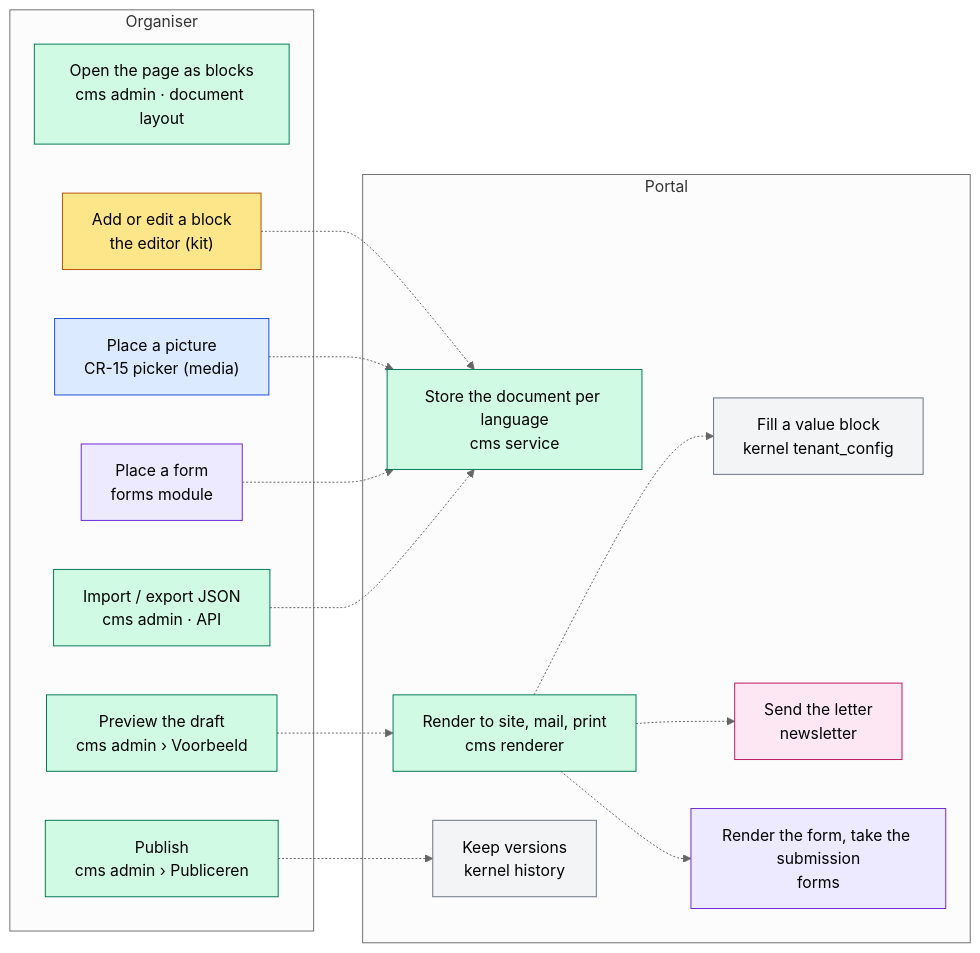
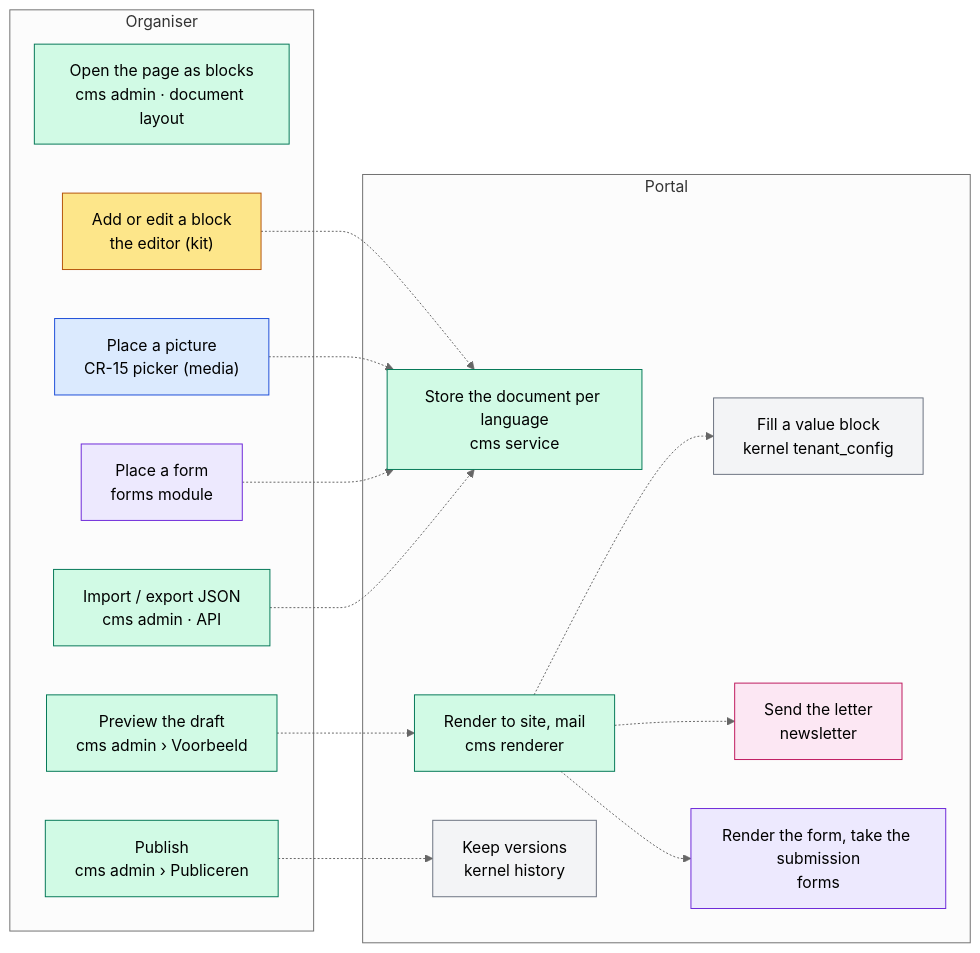
Before and after one commit to KoenRenders/KoenTest: the third of 5 diagrams in docs/change_request_17_web_content.md, drawn with Mermaid (neutral theme). The commit also changed other lines of this file, not shown here.

````diff
--- a/docs/change_request_17_web_content.md
+++ b/docs/change_request_17_web_content.md
@@ -196,35 +196,35 @@
 ```mermaid
 flowchart LR
   subgraph O[Organiser]
     o2["Open the page as blocks<br/>cms admin · document layout"]:::cms
     o3["Add or edit a block<br/>the editor (kit)"]:::kit
     o3b["Place a picture<br/>CR-15 picker (media)"]:::media
     o3c["Place a form<br/>forms module"]:::forms
     o4["Preview the draft<br/>cms admin › Voorbeeld"]:::cms
     o6["Publish<br/>cms admin › Publiceren"]:::cms
     o8["Import / export JSON<br/>cms admin · API"]:::cms
   end
   subgraph P[Portal]
     p1["Store the document per language<br/>cms service"]:::cms
-    p2["Render to site, mail, print<br/>cms renderer"]:::cms
+    p2["Render to site, mail<br/>cms renderer"]:::cms
     p3["Fill a value block<br/>kernel tenant_config"]:::kernel
     p4["Keep versions<br/>kernel history"]:::kernel
     p5["Send the letter<br/>newsletter"]:::nl
     p6["Render the form, take the submission<br/>forms"]:::forms
   end
   o3 -.-> p1
   o3b -.-> p1
   o3c -.-> p1
   o8 -.-> p1
   o4 -.-> p2
   o6 -.-> p4
   p2 -.-> p3
   p2 -.-> p5
   p2 -.-> p6
   classDef cms fill:#d1fae5,stroke:#047857
   classDef kit fill:#fde68a,stroke:#b45309
   classDef media fill:#dbeafe,stroke:#1d4ed8
   classDef forms fill:#ede9fe,stroke:#6d28d9
   classDef kernel fill:#f3f4f6,stroke:#6b7280
   classDef nl fill:#fce7f3,stroke:#be185d
 ```
````
